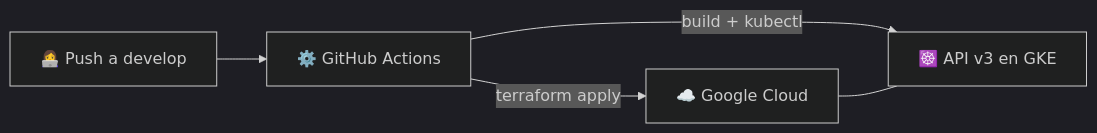
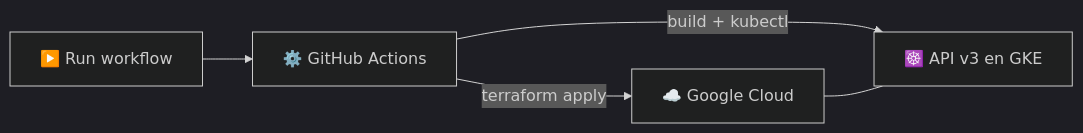
Before and after one commit to MarianaPineda0/StatsNostra: the first of 2 diagrams in README.md, drawn with Mermaid (dark theme).

Commit message:
🐛 fix: el despliegue v3 se lanza a mano, no con un push

````diff
--- a/README.md
+++ b/README.md
@@ -60,7 +60,7 @@
 ```mermaid
 flowchart LR
-    Dev[👩‍💻 Push a develop] --> GH[⚙️ GitHub Actions]
+    Dev[▶️ Run workflow] --> GH[⚙️ GitHub Actions]
     GH -->|terraform apply| GCP[☁️ Google Cloud]
     GH -->|build + kubectl| GKE[☸️ API v3 en GKE]
     GCP --- GKE
 ```
````
